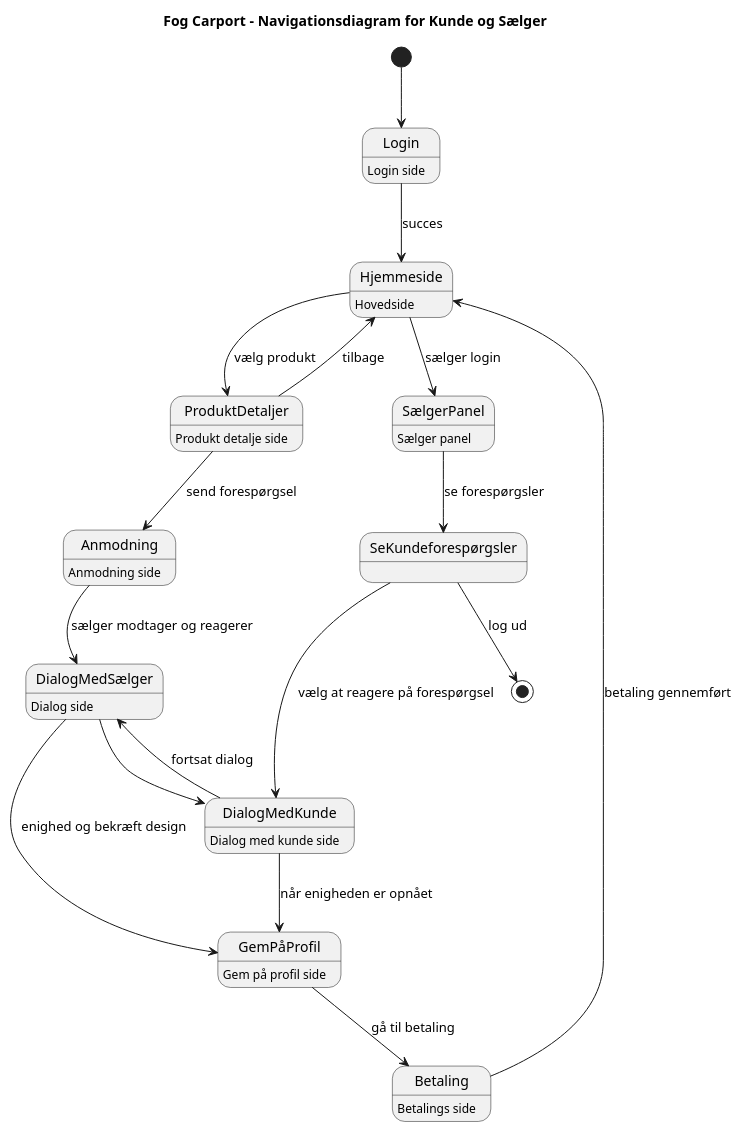
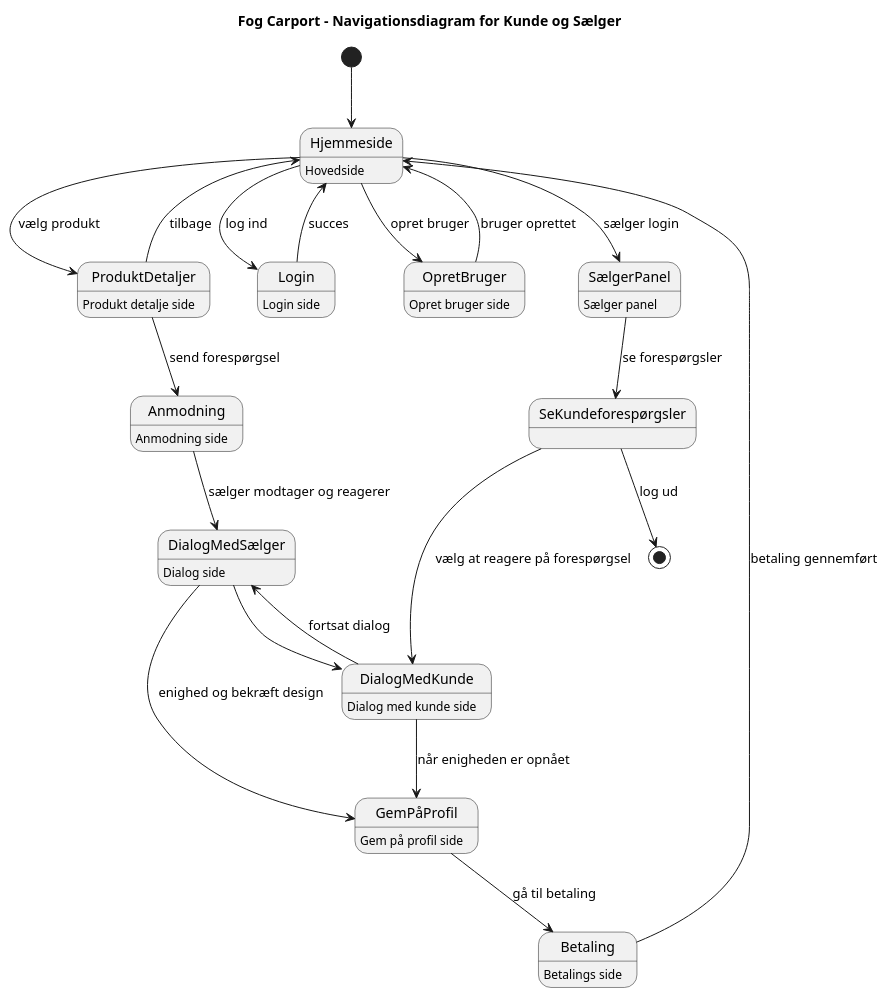
One commit to Oskar123456/carport changed the diagram in report/UML/NavigationDiagram.puml. Above: the diagram before and after it, drawn with PlantUML.

Commit message:
Navigationsdiagram

```diff
--- a/report/UML/NavigationDiagram.puml
+++ b/report/UML/NavigationDiagram.puml
@@ -1,41 +1,47 @@
 @startuml
 title Fog Carport - Navigationsdiagram for Kunde og Sælger
 
-[*] --> Login
-Login --> Hjemmeside : succes
-Login : Login side
+[*] --> Hjemmeside
 Hjemmeside : Hovedside
 
-'Det her er Hjemmeside til kundens navigation
+'Hjemmeside til kundens navigation
 Hjemmeside --> ProduktDetaljer : vælg produkt
 ProduktDetaljer --> Hjemmeside : tilbage
 ProduktDetaljer : Produkt detalje side
+
+'Valgmuligheder for login og oprettelse af bruger
+Hjemmeside --> Login : log ind
+Hjemmeside --> OpretBruger : opret bruger
+Login --> Hjemmeside : succes
+OpretBruger --> Hjemmeside : bruger oprettet
+Login : Login side
+OpretBruger : Opret bruger side
 
 'Kunde kan anmode om skræddersyet carport
 ProduktDetaljer --> Anmodning : send forespørgsel
 Anmodning : Anmodning side
 Anmodning --> DialogMedSælger : sælger modtager og reagerer
 DialogMedSælger : Dialog side
 
 'Kunde og sælger dialog, der kan fortsætte tilbage og frem
 DialogMedSælger --> GemPåProfil : enighed og bekræft design
 DialogMedSælger --> DialogMedKunde
 GemPåProfil : Gem på profil side
 
 'Gemmer og går til betaling
 GemPåProfil --> Betaling : gå til betaling
 Betaling : Betalings side
 Betaling --> Hjemmeside : betaling gennemført
 
 'Det her er Sælgerens navigation
 Hjemmeside --> SælgerPanel : sælger login
 SælgerPanel : Sælger panel
 SælgerPanel --> SeKundeforespørgsler : se forespørgsler
 SeKundeforespørgsler --> DialogMedKunde : vælg at reagere på forespørgsel
 DialogMedKunde : Dialog med kunde side
 DialogMedKunde --> DialogMedSælger : fortsat dialog
 DialogMedKunde --> GemPåProfil : når enigheden er opnået
 
 SeKundeforespørgsler --> [*] : log ud
 
 @enduml
```
